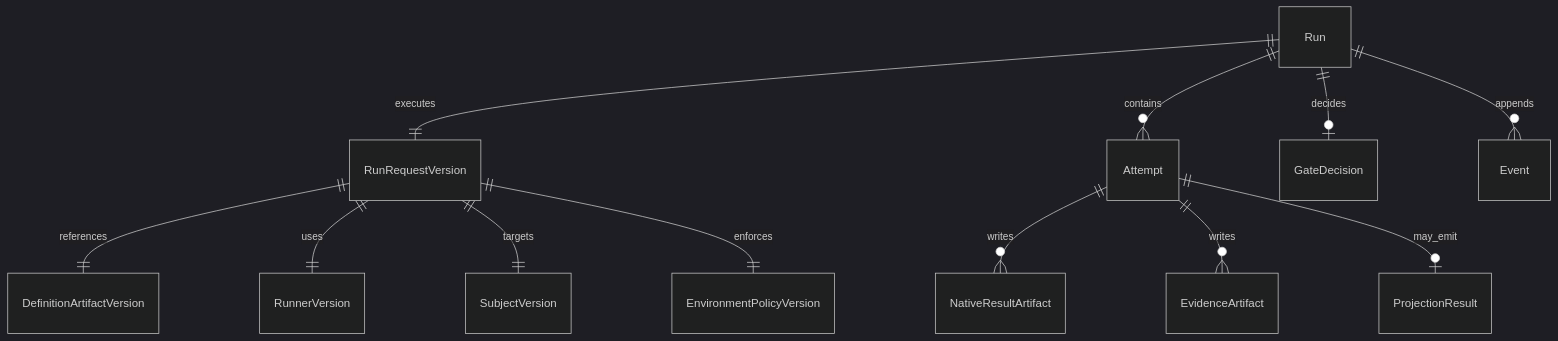
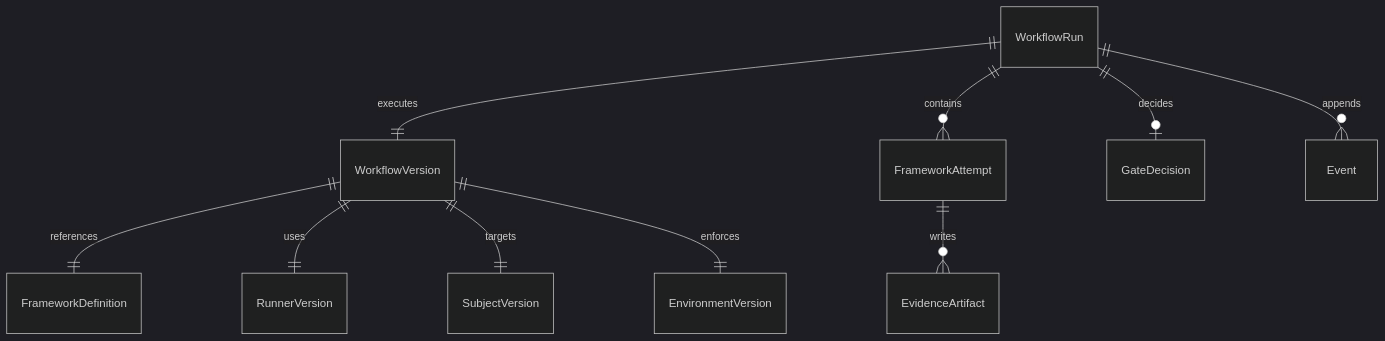
One commit to softprobe/document-website changed the second of 2 diagrams in en/evaluation/concepts/data-model.md. Above: the diagram before and after it, drawn with Mermaid (dark theme). The commit also changed other lines of this file and 57 other files, not shown here.

````diff
--- a/en/evaluation/concepts/data-model.md
+++ b/en/evaluation/concepts/data-model.md
@@ -53,14 +53,12 @@
 ```mermaid
 erDiagram
-  RunRequestVersion ||--|| DefinitionArtifactVersion : references
-  RunRequestVersion ||--|| RunnerVersion : uses
-  RunRequestVersion ||--|| SubjectVersion : targets
-  RunRequestVersion ||--|| EnvironmentPolicyVersion : enforces
-  Run ||--|| RunRequestVersion : executes
-  Run ||--o{ Attempt : contains
-  Attempt ||--o{ NativeResultArtifact : writes
-  Attempt ||--o{ EvidenceArtifact : writes
-  Attempt ||--o| ProjectionResult : may_emit
-  Run ||--o| GateDecision : decides
-  Run ||--o{ Event : appends
+  WorkflowVersion ||--|| FrameworkDefinition : references
+  WorkflowVersion ||--|| RunnerVersion : uses
+  WorkflowVersion ||--|| SubjectVersion : targets
+  WorkflowVersion ||--|| EnvironmentVersion : enforces
+  WorkflowRun ||--|| WorkflowVersion : executes
+  WorkflowRun ||--o{ FrameworkAttempt : contains
+  FrameworkAttempt ||--o{ EvidenceArtifact : writes
+  WorkflowRun ||--o| GateDecision : decides
+  WorkflowRun ||--o{ Event : appends
 ```
````
